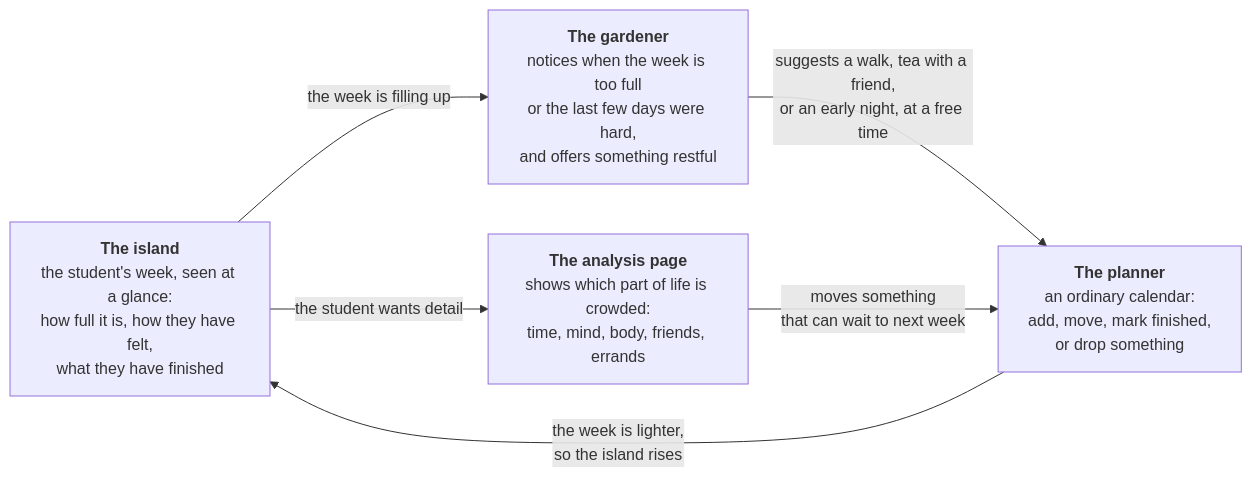
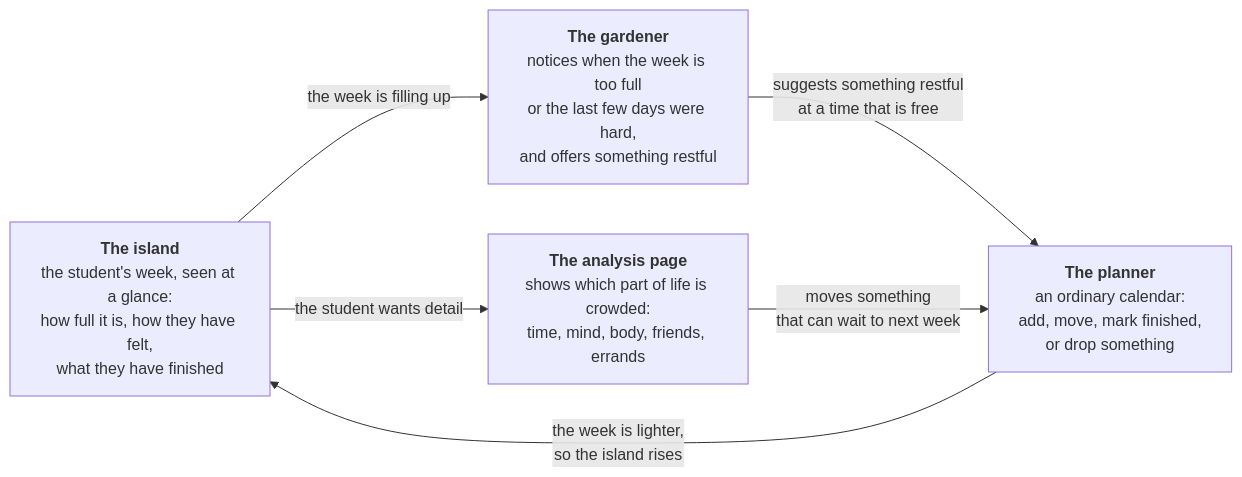
The first of 3 diagrams in README.md (25006675-png/Island_life), drawn with Mermaid before and after one commit.

Commit message:
Drop the examples from the gardener arrow

````diff
--- a/README.md
+++ b/README.md
@@ -314,13 +314,13 @@
 ```mermaid
 flowchart LR
     Island["<b>The island</b><br/>the student's week, seen at a glance:<br/>how full it is, how they have felt,<br/>what they have finished"]
     Gardener["<b>The gardener</b><br/>notices when the week is too full<br/>or the last few days were hard,<br/>and offers something restful"]
     Balance["<b>The analysis page</b><br/>shows which part of life is crowded:<br/>time, mind, body, friends, errands"]
     Planner["<b>The planner</b><br/>an ordinary calendar:<br/>add, move, mark finished,<br/>or drop something"]
 
     Island -- "the week is filling up" --> Gardener
     Island -- "the student wants detail" --> Balance
-    Gardener -- "suggests a walk, tea with a friend,<br/>or an early night, at a free time" --> Planner
+    Gardener -- "suggests something restful<br/>at a time that is free" --> Planner
     Balance -- "moves something<br/>that can wait to next week" --> Planner
     Planner -- "the week is lighter,<br/>so the island rises" --> Island
 ```
````
